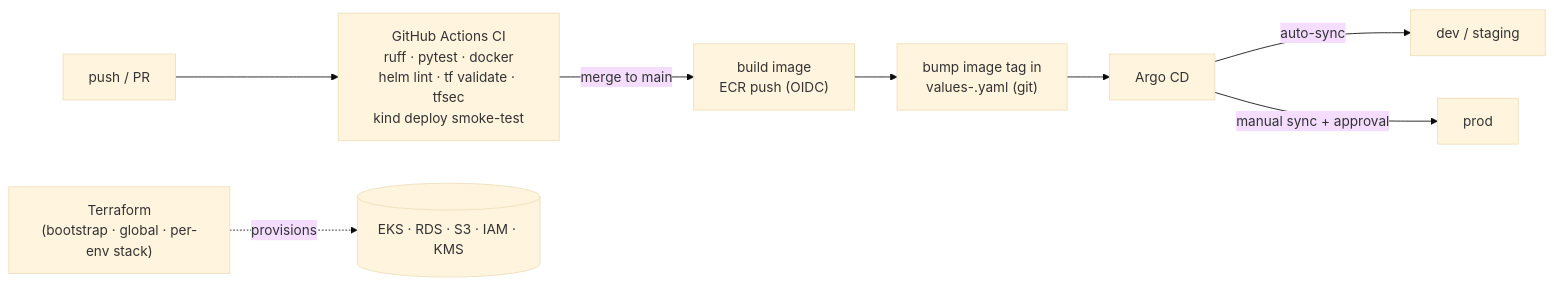
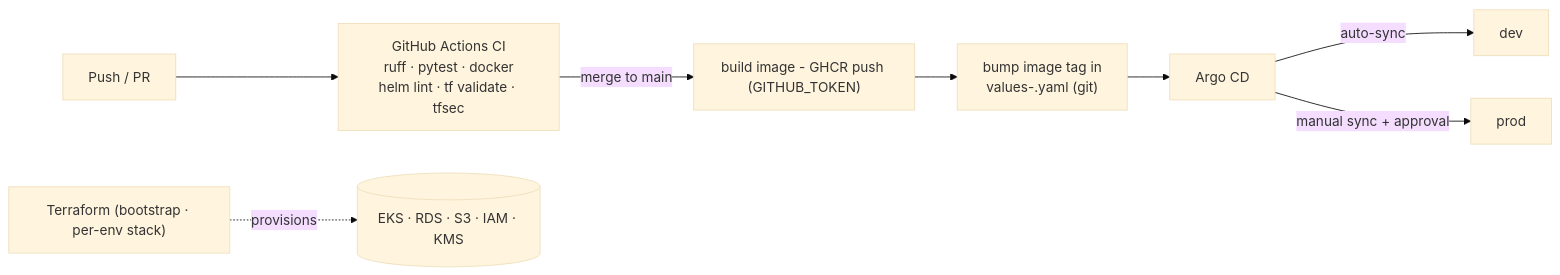
The second of 2 diagrams in docs/architecture.md (vigneshvinfra/saaf), drawn with Mermaid (base theme) before and after one commit. The commit also changed other lines of this file and 55 other files, not shown here.

Commit message:
ci(dev): bump agent image to cef818cad946 [skip ci]

````diff
--- a/docs/architecture.md
+++ b/docs/architecture.md
@@ -51,10 +116,10 @@
 ```mermaid
 flowchart LR
-  DEV[push / PR] --> CI["GitHub Actions CI\nruff · pytest · docker\nhelm lint · tf validate · tfsec\nkind deploy smoke-test"]
-  CI -->|merge to main| BUILD["build image\nECR push (OIDC)"]
+  DEV[Push / PR] --> CI["GitHub Actions CI\nruff · pytest · docker\nhelm lint · tf validate · tfsec"]
+  CI -->|merge to main| BUILD["build image - GHCR push (GITHUB_TOKEN)"]
   BUILD --> BUMP["bump image tag in\nvalues-<env>.yaml (git)"]
   BUMP --> ARGO["Argo CD"]
-  ARGO -->|auto-sync| DEVENV[dev / staging]
+  ARGO -->|auto-sync| DEVENV[dev]
   ARGO -->|manual sync + approval| PRODENV[prod]
-  TF["Terraform\n(bootstrap · global · per-env stack)"] -. provisions .-> AWSINFRA[(EKS · RDS · S3 · IAM · KMS)]
+  TF["Terraform (bootstrap · per-env stack)"] -. provisions .-> AWSINFRA[(EKS · RDS · S3 · IAM · KMS)]
 ```
````
